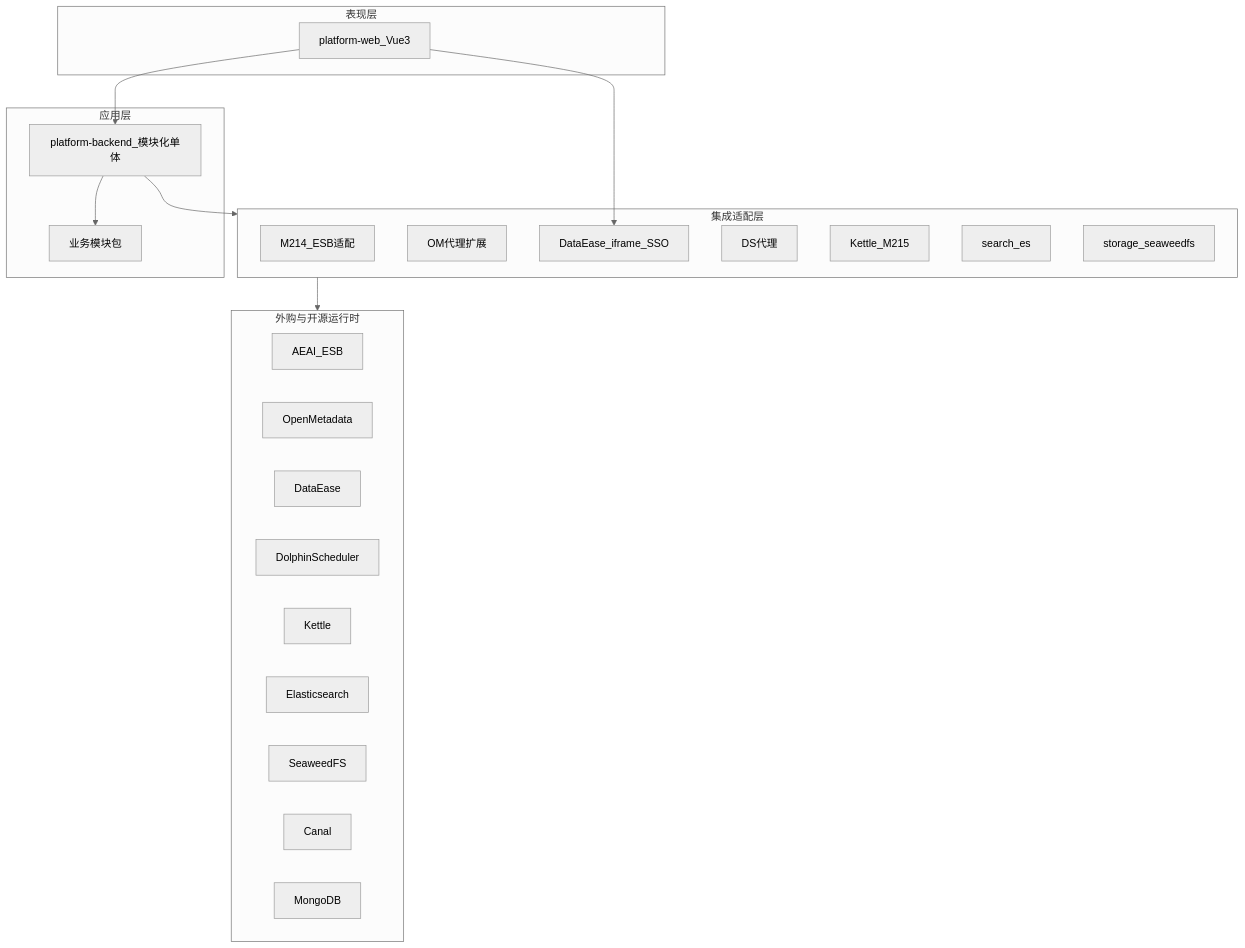
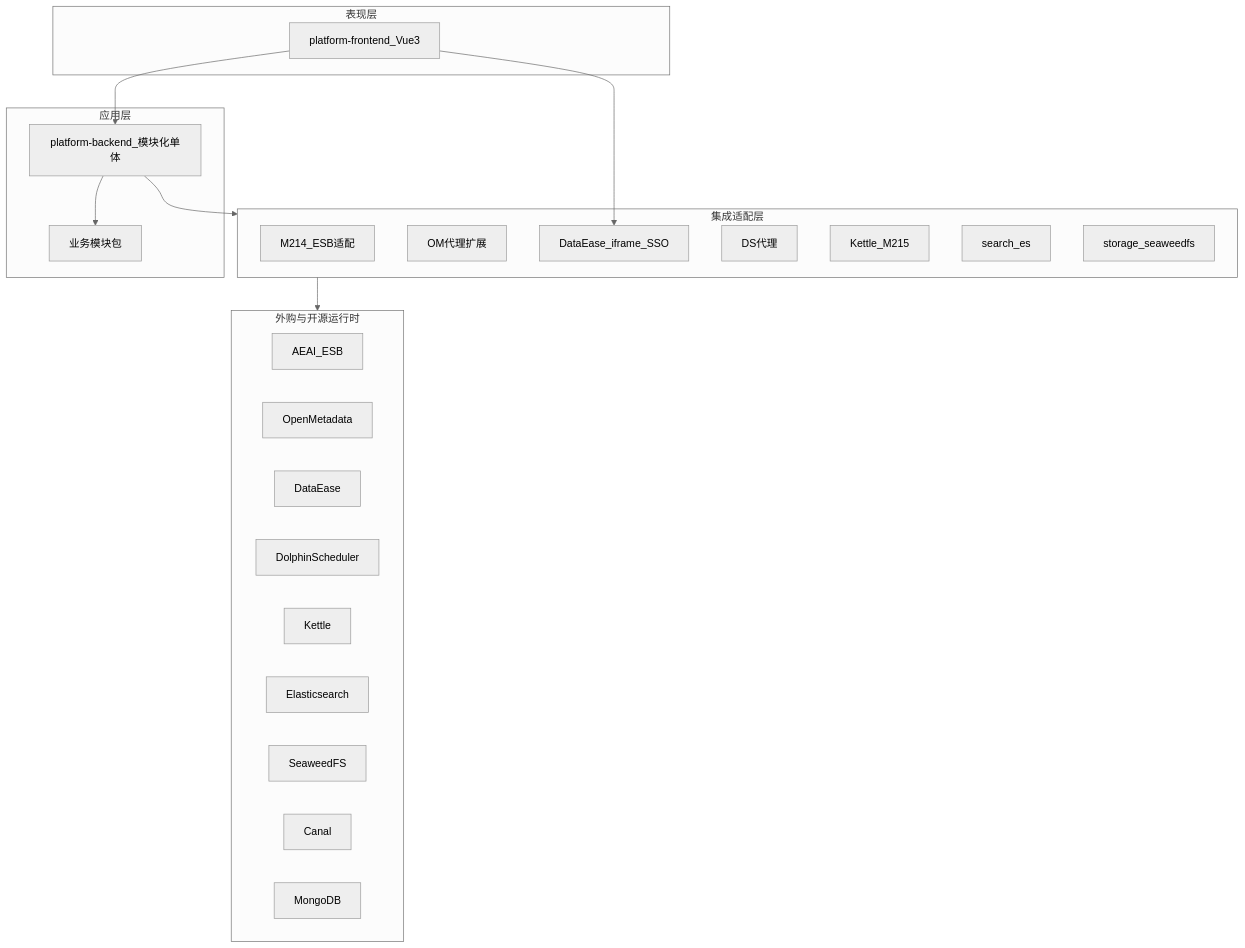
One commit to 4v8kjnvhcc-rgb/chengde-smart-city changed the second of 9 diagrams in docs/D07-总体技术架构设计.md. Above: the diagram before and after it, drawn with Mermaid (neutral theme). The commit also changed other lines of this file and 231 other files, not shown here.

Commit message:
[门户] 考核系统门户票据SSO，并将 platform-web 重命名为 platform-frontend

````diff
--- a/docs/D07-总体技术架构设计.md
+++ b/docs/D07-总体技术架构设计.md
@@ -147,35 +147,35 @@
 ```mermaid
 flowchart TB
   subgraph presentation [表现层]
-    PortalWeb[platform-web_Vue3]
+    PortalWeb[platform-frontend_Vue3]
   end
   subgraph application [应用层]
     PortalAPI[platform-backend_模块化单体]
     Modules[业务模块包]
   end
   subgraph integration [集成适配层]
     ESBAdp[M214_ESB适配]
     OMProxy[OM代理扩展]
     DEIframe[DataEase_iframe_SSO]
     DSProxy[DS代理]
     KettleAdp[Kettle_M215]
     ESAdp[search_es]
     SWAdp[storage_seaweedfs]
   end
   subgraph external [外购与开源运行时]
     ESB[AEAI_ESB]
     OM[OpenMetadata]
     DE[DataEase]
     DS[DolphinScheduler]
     Kettle[Kettle]
     ES[Elasticsearch]
     SW[SeaweedFS]
     Canal[Canal]
     Mongo[MongoDB]
   end
   PortalWeb --> PortalAPI
   PortalWeb --> DEIframe
   PortalAPI --> Modules
   PortalAPI --> integration
   integration --> external
 ```
````
